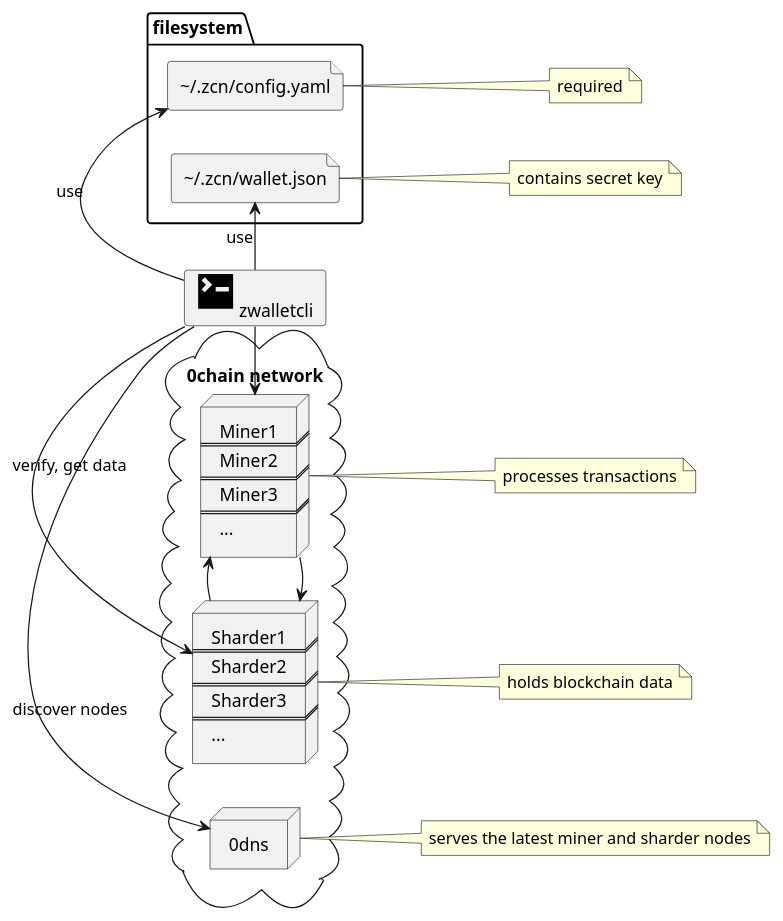
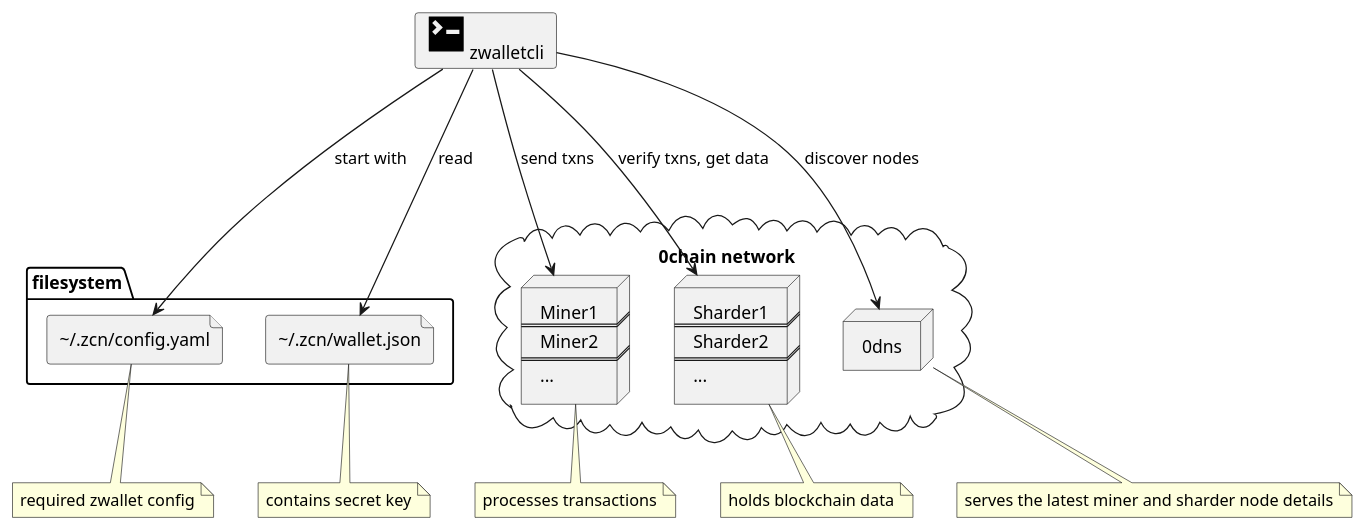
Before and after one commit to 0chain/zwalletcli: the diagram in docs/architecture.puml, drawn with PlantUML. The commit also changed 6 other files, not shown here.

```diff
--- a/docs/architecture.puml
+++ b/docs/architecture.puml
@@ -1,52 +1,43 @@
 @startuml
-left to right direction
-
 card "<size:42><&terminal></size> zwalletcli" as cli
 
 folder filesystem {
     file "\~/.zcn/config.yaml" as config
     file "\~/.zcn/wallet.json" as wallet
 }
 
 cloud "0chain network" {
 
   node miners [
        Miner1
        ===
        Miner2
        ===
-       Miner3
-       ===
        ...
   ]
 
   node sharders [
        Sharder1
        ===
        Sharder2
        ===
-       Sharder3
-       ===
        ...
   ]
 
   node "0dns" as 0dns
-
-  miners -> sharders
-  sharders -> miners
 }
 
-cli -> config: use
-cli -> wallet: use
-cli -> 0dns: discover nodes
-cli -> miners
-cli -> sharders: verify, get data
+cli ---> config: start with
+cli ---> wallet: read
+cli ---> 0dns: discover nodes
+cli ---> miners: send txns
+cli ---> sharders: verify txns, get data
 
-note right of config: required
-note right of wallet: contains secret key
-note right of miners: processes transactions
-note right of sharders: holds blockchain data
-note right of 0dns: serves the latest miner and sharder nodes
+note bottom of config: required zwallet config
+note bottom of wallet: contains secret key
+note bottom of miners: processes transactions
+note bottom of sharders: holds blockchain data
+note bottom of 0dns: serves the latest miner and sharder node details
 
 
 @enduml
```
